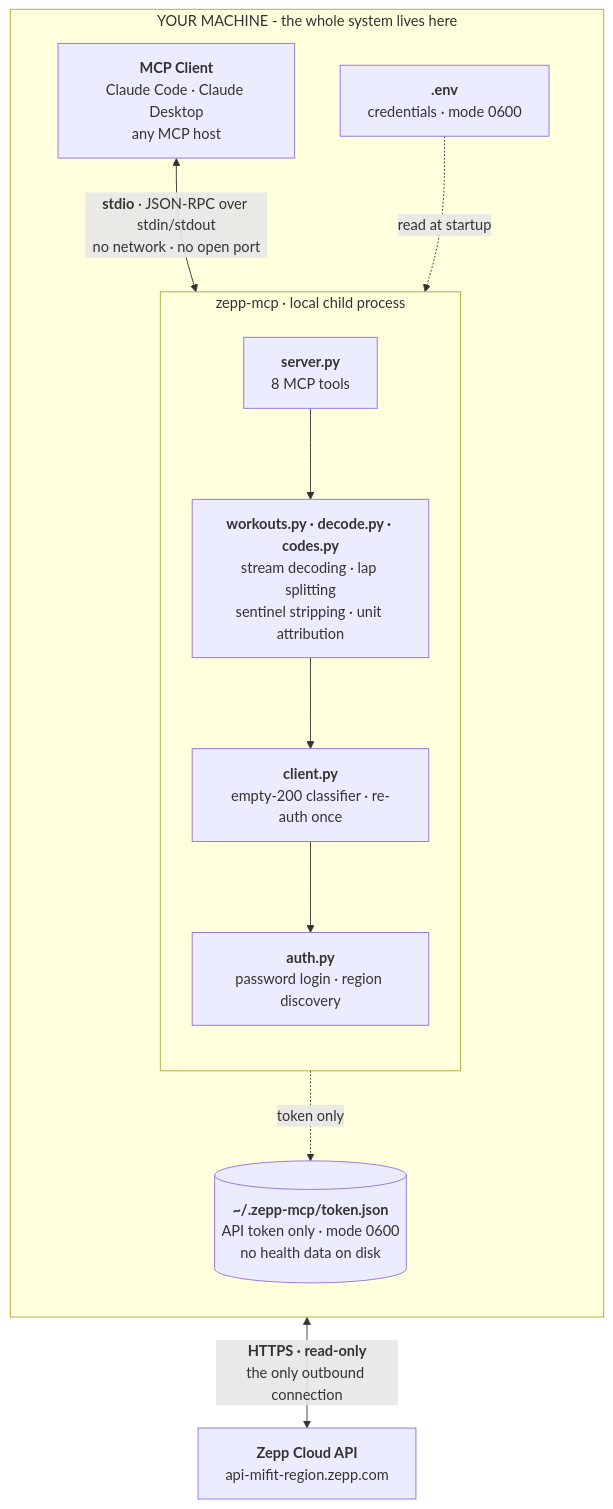
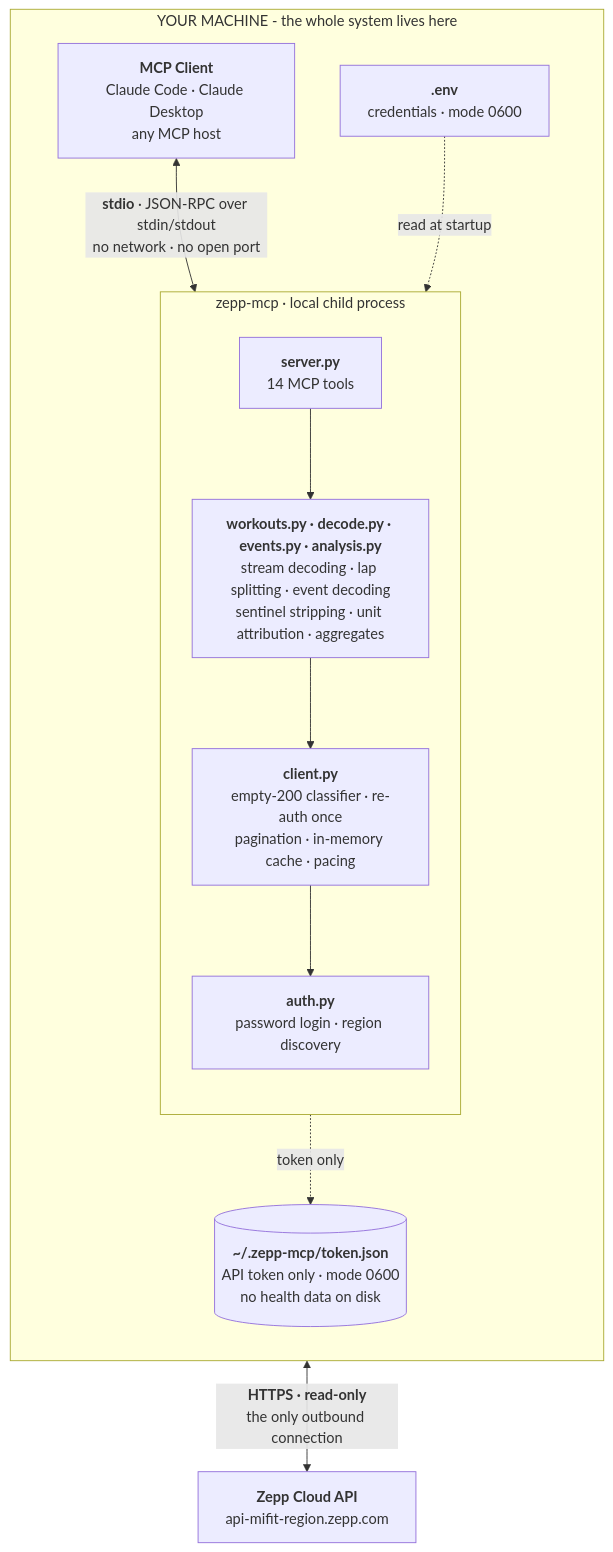
The diagram in README.md (DhavalBhimani44/zepp-mcp), drawn with Mermaid before and after one commit. The commit also changed other lines of this file and 6 other files, not shown here.

````diff
--- a/README.md
+++ b/README.md
@@ -256,30 +273,30 @@
 ```mermaid
 flowchart TB
     subgraph machine["YOUR MACHINE - the whole system lives here"]
         direction TB
 
         client["<b>MCP Client</b><br/>Claude Code · Claude Desktop<br/>any MCP host"]
 
         subgraph proc["zepp-mcp · local child process"]
             direction TB
-            tools["<b>server.py</b><br/>8 MCP tools"]
-            norm["<b>workouts.py · decode.py · codes.py</b><br/>stream decoding · lap splitting<br/>sentinel stripping · unit attribution"]
-            http["<b>client.py</b><br/>empty-200 classifier · re-auth once"]
+            tools["<b>server.py</b><br/>14 MCP tools"]
+            norm["<b>workouts.py · decode.py · events.py · analysis.py</b><br/>stream decoding · lap splitting · event decoding<br/>sentinel stripping · unit attribution · aggregates"]
+            http["<b>client.py</b><br/>empty-200 classifier · re-auth once<br/>pagination · in-memory cache · pacing"]
             auth["<b>auth.py</b><br/>password login · region discovery"]
             tools --> norm
             norm --> http
             http --> auth
         end
 
         env["<b>.env</b><br/>credentials · mode 0600"]
         cache[("<b>~/.zepp-mcp/token.json</b><br/>API token only · mode 0600<br/>no health data on disk")]
     end
 
     zepp["<b>Zepp Cloud API</b><br/>api-mifit-region.zepp.com"]
 
     client <-->|"<b>stdio</b> · JSON-RPC over stdin/stdout<br/>no network · no open port"| tools
     env -.->|"read at startup"| auth
     auth -.->|"token only"| cache
     http <-->|"<b>HTTPS · read-only</b><br/>the only outbound connection"| zepp
 
 ```
````
